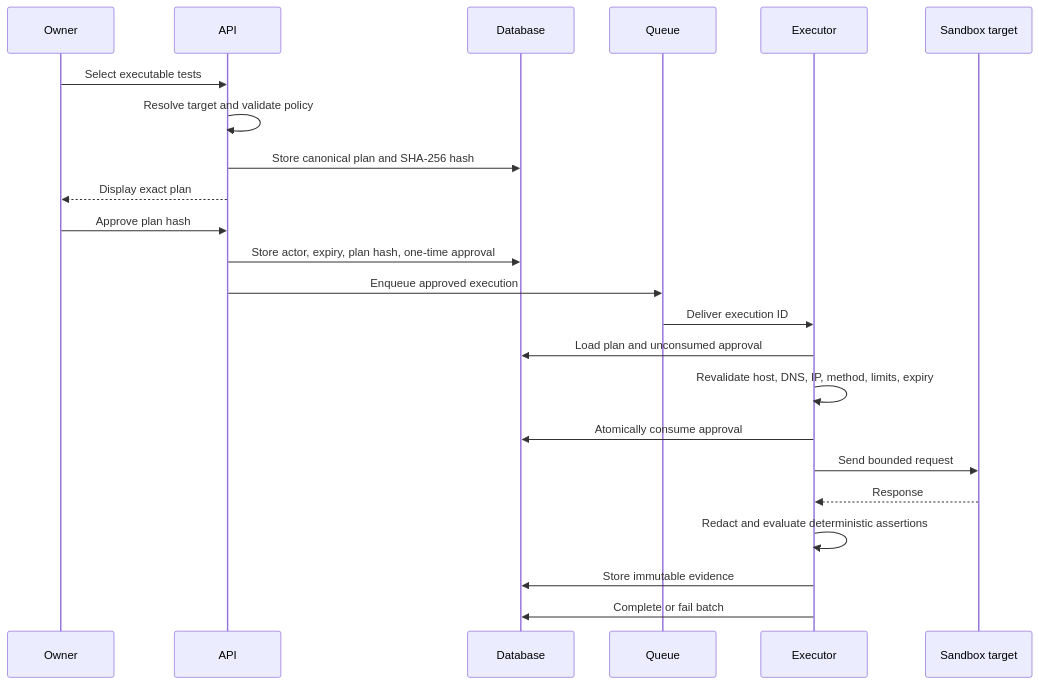
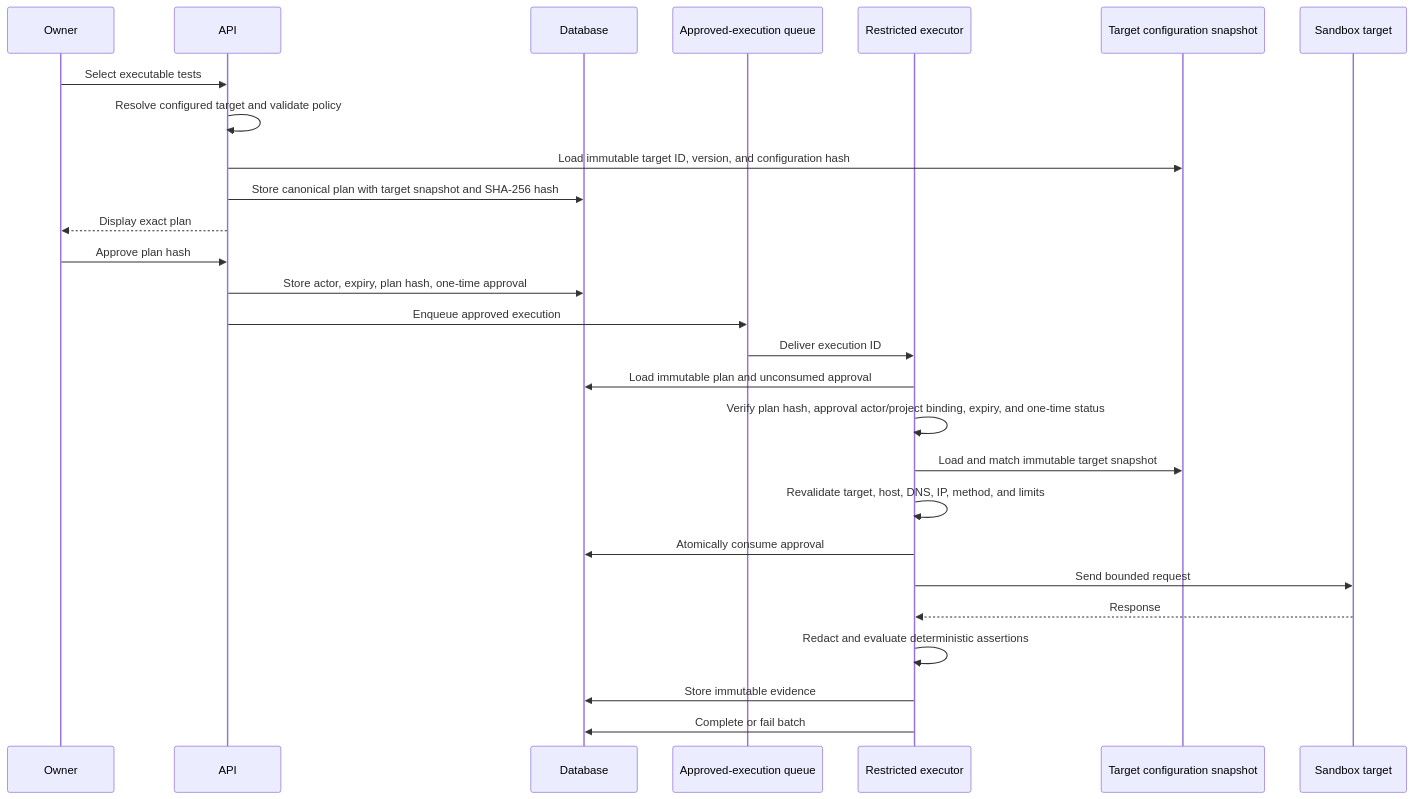
Before and after one commit to AdderlyMH/ai-qa-copilot: the fourth of 5 diagrams in docs/ARCHITECTURE.md, drawn with Mermaid. The commit also changed other lines of this file and 1 other file, not shown here.

````diff
--- a/docs/ARCHITECTURE.md
+++ b/docs/ARCHITECTURE.md
@@ -278,26 +335,30 @@
 ```mermaid
 sequenceDiagram
     participant U as Owner
     participant A as API
     participant D as Database
-    participant Q as Queue
-    participant E as Executor
+    participant Q as Approved-execution queue
+    participant E as Restricted executor
+    participant C as Target configuration snapshot
     participant T as Sandbox target
 
     U->>A: Select executable tests
-    A->>A: Resolve target and validate policy
-    A->>D: Store canonical plan and SHA-256 hash
+    A->>A: Resolve configured target and validate policy
+    A->>C: Load immutable target ID, version, and configuration hash
+    A->>D: Store canonical plan with target snapshot and SHA-256 hash
     A-->>U: Display exact plan
     U->>A: Approve plan hash
     A->>D: Store actor, expiry, plan hash, one-time approval
     A->>Q: Enqueue approved execution
     Q->>E: Deliver execution ID
-    E->>D: Load plan and unconsumed approval
-    E->>E: Revalidate host, DNS, IP, method, limits, expiry
+    E->>D: Load immutable plan and unconsumed approval
+    E->>E: Verify plan hash, approval actor/project binding, expiry, and one-time status
+    E->>C: Load and match immutable target snapshot
+    E->>E: Revalidate target, host, DNS, IP, method, and limits
     E->>D: Atomically consume approval
     E->>T: Send bounded request
     T-->>E: Response
     E->>E: Redact and evaluate deterministic assertions
     E->>D: Store immutable evidence
     E->>D: Complete or fail batch
 ```
````
